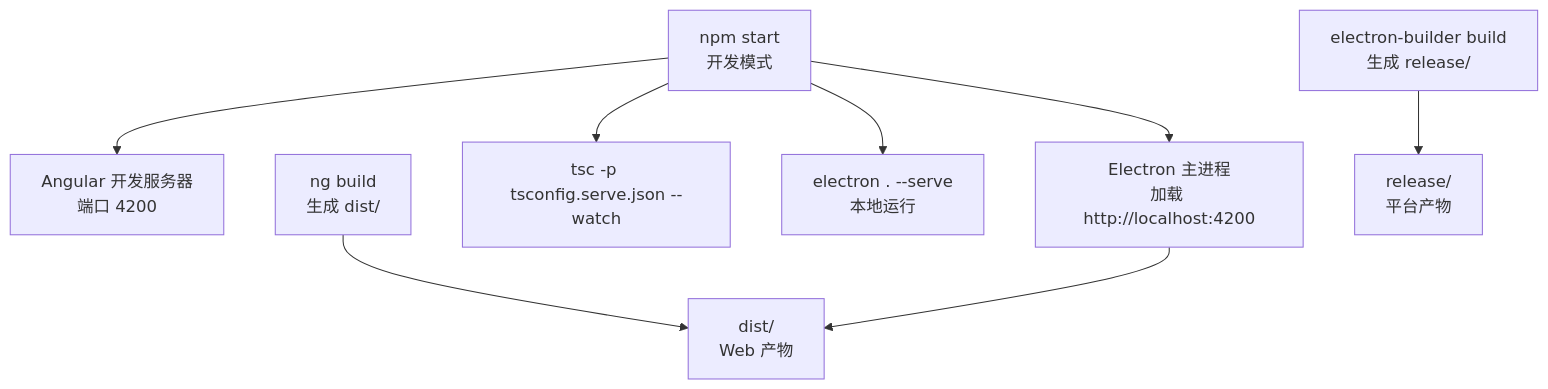
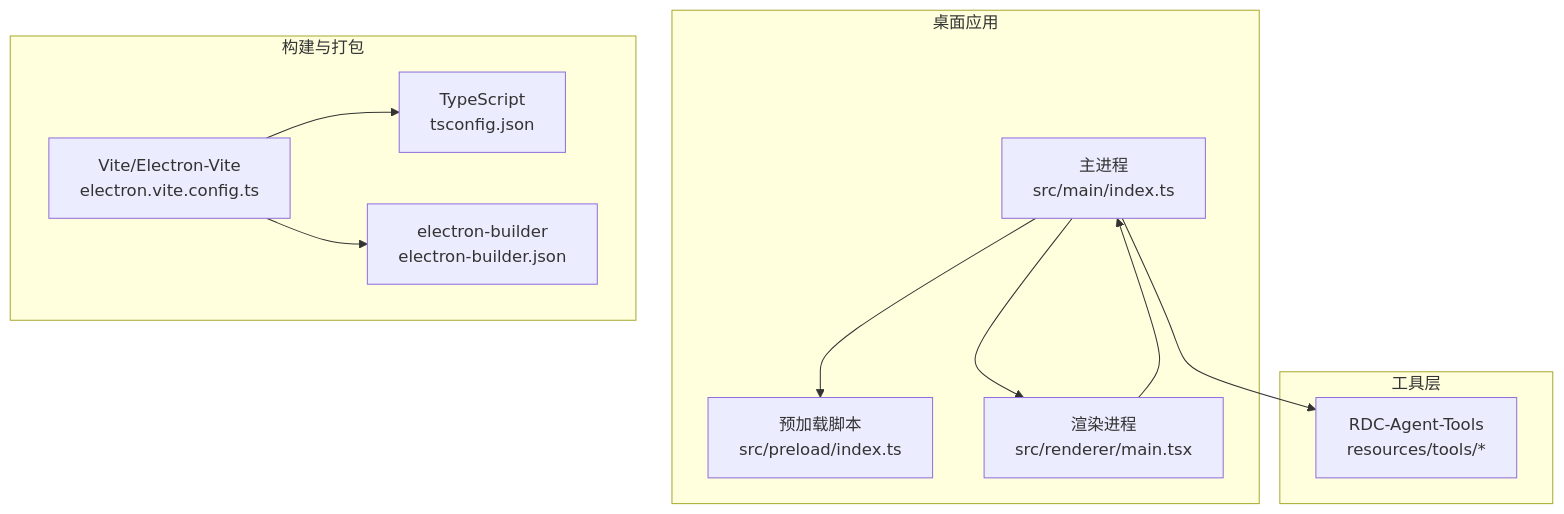
The second of 7 diagrams in .qoder/repowiki/zh/content/快速开始.md (haolange/RDC-Agent), drawn with Mermaid before and after one commit. The commit also changed other lines of this file and 5 other files, not shown here.

````diff
--- a/.qoder/repowiki/zh/content/快速开始.md
+++ b/.qoder/repowiki/zh/content/快速开始.md
@@ -102,19 +134,22 @@
 ```mermaid
 graph TB
-DevCmd["npm start<br/>开发模式"]
-NgServe["Angular 开发服务器<br/>端口 4200"]
-ElectronServe["Electron 主进程<br/>加载 http://localhost:4200"]
-TscWatch["tsc -p tsconfig.serve.json --watch"]
-ElectronLocal["electron . --serve<br/>本地运行"]
-BuildWeb["ng build<br/>生成 dist/"]
-EB["electron-builder build<br/>生成 release/"]
-Dist["dist/<br/>Web 产物"]
-Release["release/<br/>平台产物"]
-DevCmd --> NgServe
-DevCmd --> ElectronServe
-DevCmd --> TscWatch
-DevCmd --> ElectronLocal
-BuildWeb --> Dist
-EB --> Release
-ElectronServe --> Dist
+subgraph "桌面应用"
+M["主进程<br/>src/main/index.ts"]
+P["预加载脚本<br/>src/preload/index.ts"]
+R["渲染进程<br/>src/renderer/main.tsx"]
+end
+subgraph "工具层"
+T["RDC-Agent-Tools<br/>resources/tools/*"]
+end
+subgraph "构建与打包"
+V["Vite/Electron-Vite<br/>electron.vite.config.ts"]
+TS["TypeScript<br/>tsconfig.json"]
+B["electron-builder<br/>electron-builder.json"]
+end
+M --> P
+M --> R
+M --> T
+R --> M
+V --> TS
+V --> B
 ```
````
